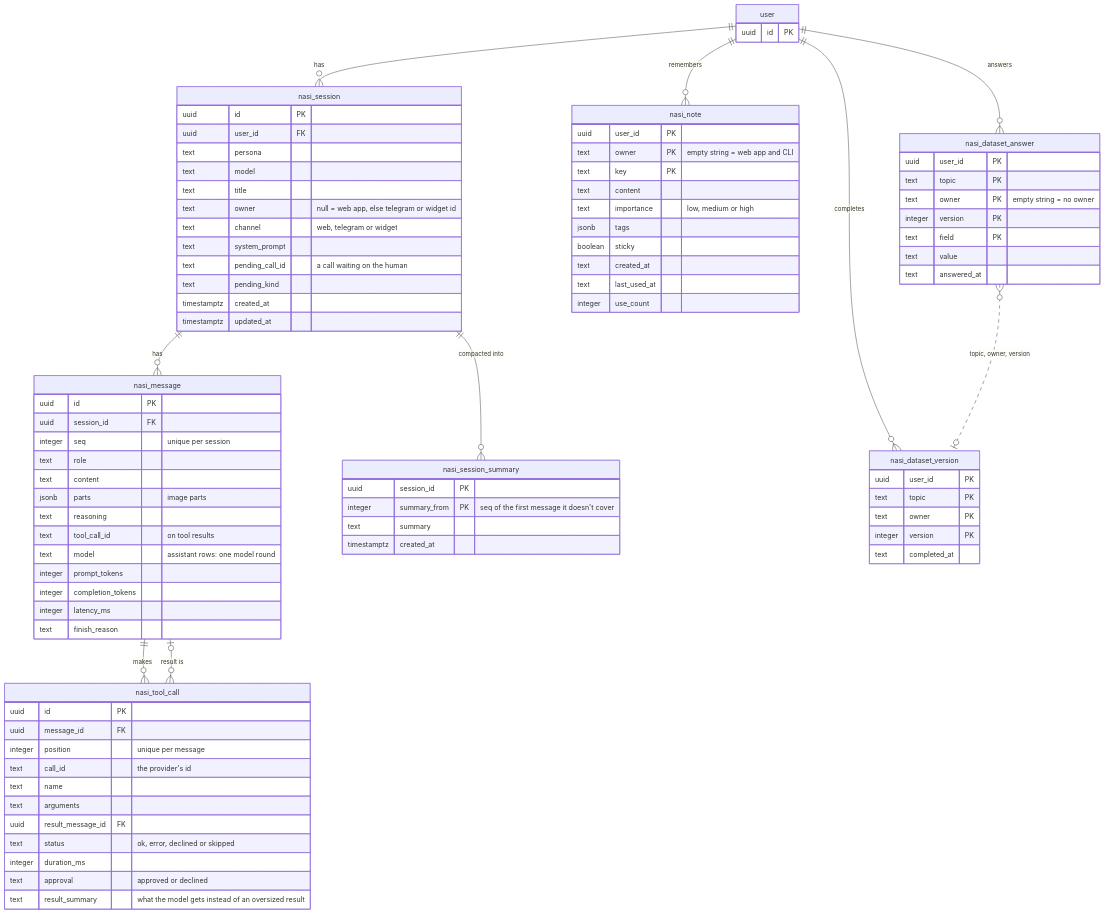
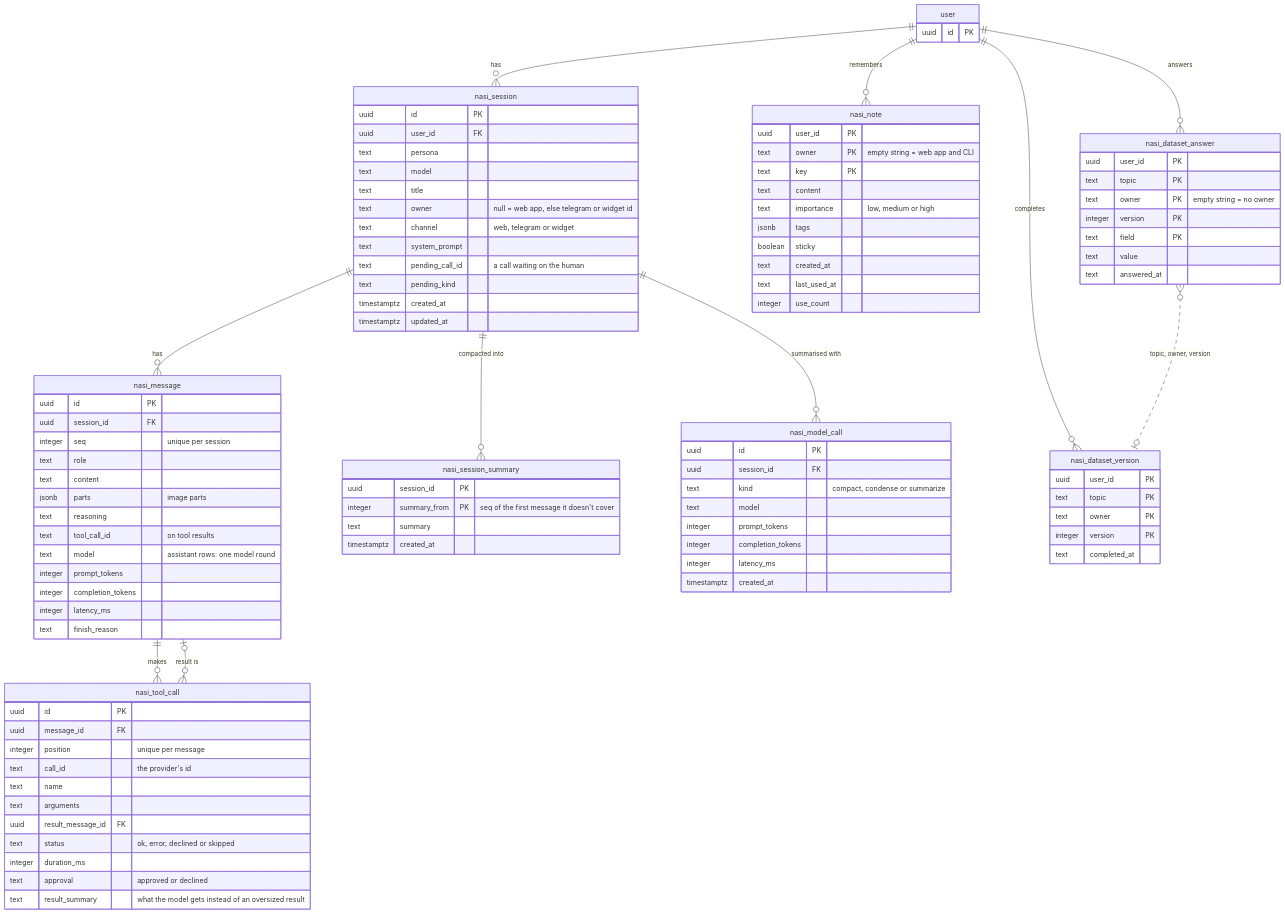
One commit to SubZtep/kaja changed the fourth of 4 diagrams in docs/development/database.md. Above: the diagram before and after it, drawn with Mermaid. The commit also changed other lines of this file and 26 other files, not shown here.

```diff
--- a/docs/development/database.md
+++ b/docs/development/database.md
@@ -300,6 +300,17 @@
     timestamptz created_at
   }
 
+  nasi_model_call {
+    uuid id PK
+    uuid session_id FK
+    text kind "compact, condense or summarize"
+    text model
+    integer prompt_tokens
+    integer completion_tokens
+    integer latency_ms
+    timestamptz created_at
+  }
+
   nasi_note {
     uuid user_id PK
     text owner PK "empty string = web app and CLI"
@@ -341,6 +352,7 @@
   user ||--o{ nasi_dataset_version : completes
   nasi_session ||--o{ nasi_message : has
   nasi_session ||--o{ nasi_session_summary : "compacted into"
+  nasi_session ||--o{ nasi_model_call : "summarised with"
   nasi_message ||--o{ nasi_tool_call : makes
   nasi_tool_call }o--o| nasi_message : "result is"
   nasi_dataset_answer }o..o| nasi_dataset_version : "topic, owner, version"
```
